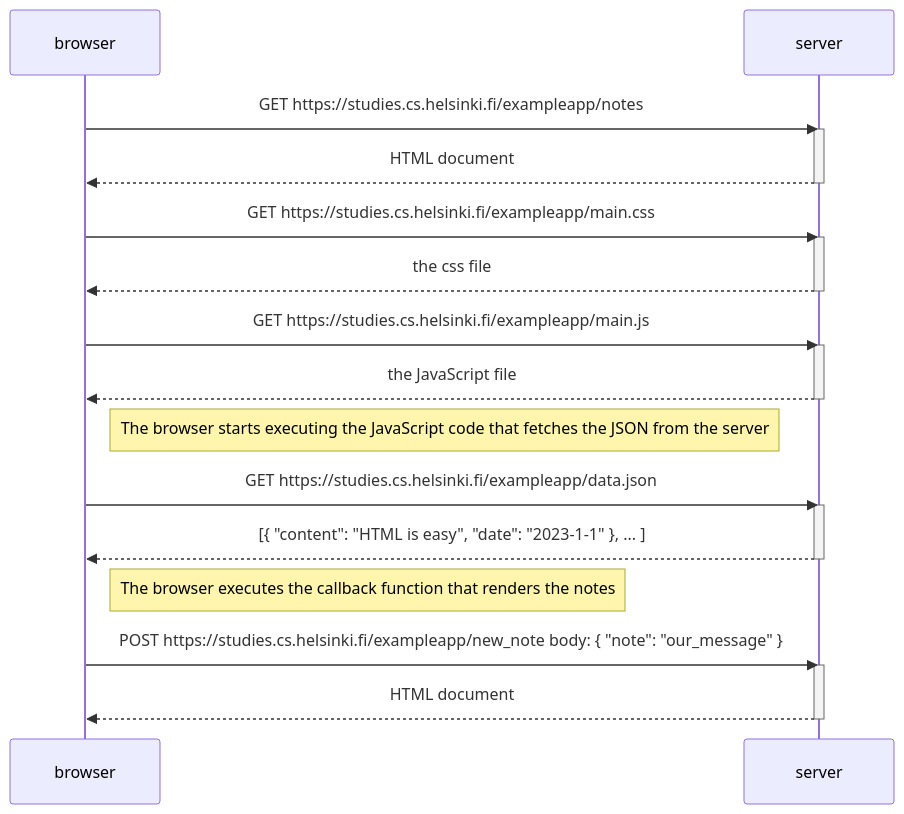
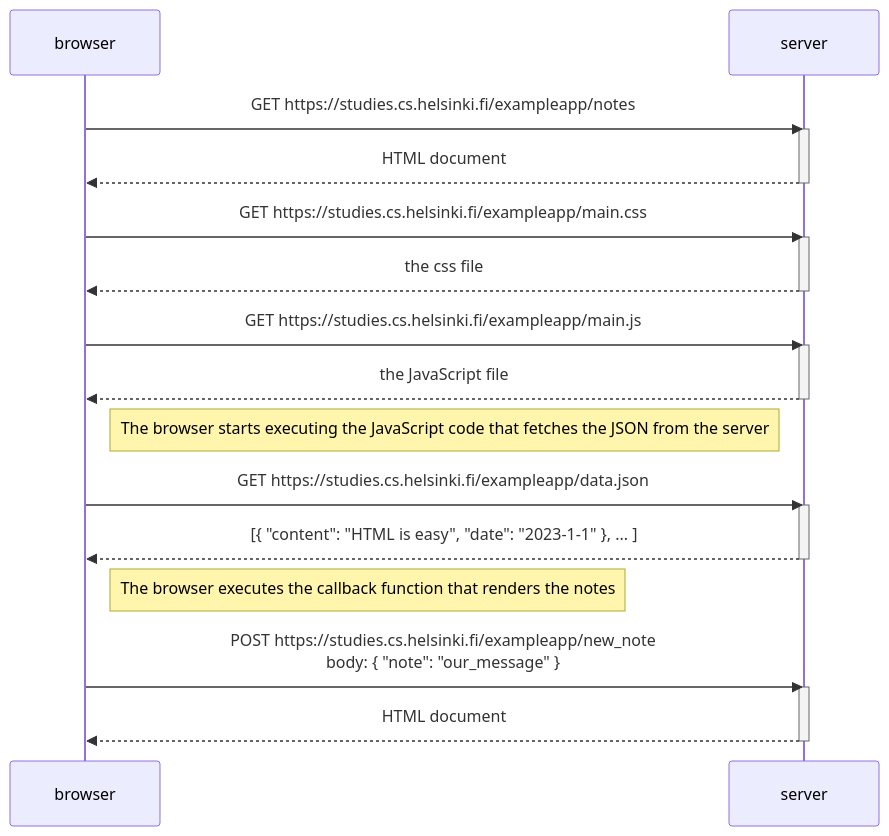
The diagram in part0/new_note_diagram.md (SkySock/fullstackopen), drawn with Mermaid before and after one commit.

````diff
--- a/part0/new_note_diagram.md
+++ b/part0/new_note_diagram.md
@@ -1,35 +1,35 @@
 ```mermaid
 sequenceDiagram
     participant browser
     participant server
 
     browser->>server: GET https://studies.cs.helsinki.fi/exampleapp/notes
     activate server
     server-->>browser: HTML document
     deactivate server
 
     browser->>server: GET https://studies.cs.helsinki.fi/exampleapp/main.css
     activate server
     server-->>browser: the css file
     deactivate server
 
     browser->>server: GET https://studies.cs.helsinki.fi/exampleapp/main.js
     activate server
     server-->>browser: the JavaScript file
     deactivate server
 
     Note right of browser: The browser starts executing the JavaScript code that fetches the JSON from the server
 
     browser->>server: GET https://studies.cs.helsinki.fi/exampleapp/data.json
     activate server
     server-->>browser: [{ "content": "HTML is easy", "date": "2023-1-1" }, ... ]
     deactivate server
 
     Note right of browser: The browser executes the callback function that renders the notes
 
-    browser->>server: POST https://studies.cs.helsinki.fi/exampleapp/new_note body: { "note": "our_message" }
+    browser->>server: POST https://studies.cs.helsinki.fi/exampleapp/new_note <br/>body: { "note": "our_message" }
     
     activate server
     server-->>browser: HTML document
     deactivate server
 ```
````
